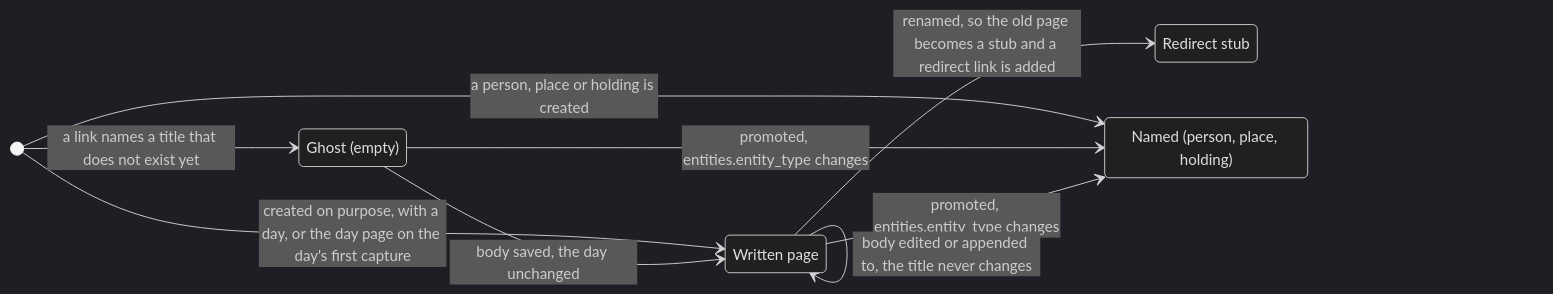
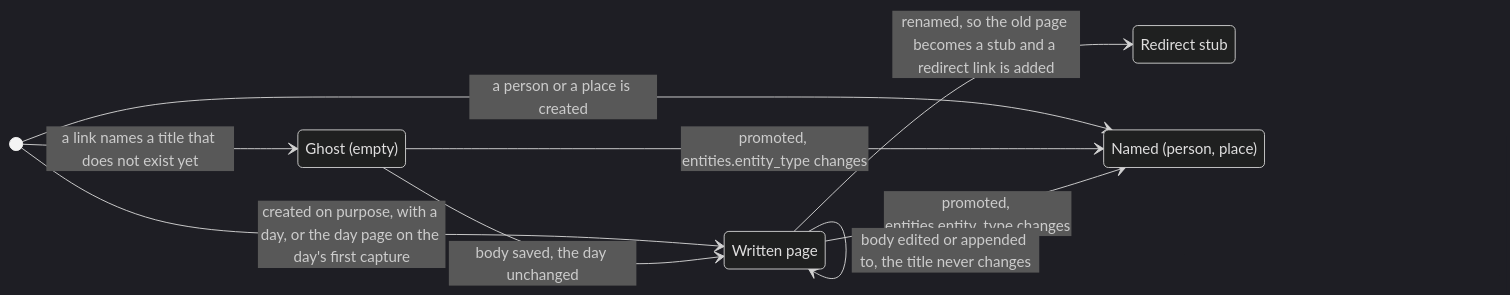
Before and after one commit to alexradunet/lifelogdb: the sixth of 7 diagrams in SCHEMA.md, drawn with Mermaid (dark theme). The commit also changed other lines of this file and 19 other files, not shown here.

First line of the commit message:
SCHEMA.md: a life log, not a project manager — no tasks, money or location tier (D16, D18, D21, D23)

````diff
--- a/SCHEMA.md
+++ b/SCHEMA.md
@@ -1180,17 +946,17 @@
 ```mermaid
 %% diagram: page-life
 stateDiagram-v2
     direction LR
     state "Ghost (empty)" as Ghost
     state "Written page" as Written
     state "Redirect stub" as Stub
-    state "Named (person, place, holding)" as Named
+    state "Named (person, place)" as Named
     [*] --> Ghost: a link names a title that does not exist yet
     [*] --> Written: created on purpose, with a day, or the day page on the day's first capture
-    [*] --> Named: a person, place or holding is created
+    [*] --> Named: a person or a place is created
     Ghost --> Written: body saved, the day unchanged
     Ghost --> Named: promoted, entities.entity_type changes
     Written --> Named: promoted, entities.entity_type changes
     Written --> Written: body edited or appended to, the title never changes
     Written --> Stub: renamed, so the old page becomes a stub and a redirect link is added
 ```
````
